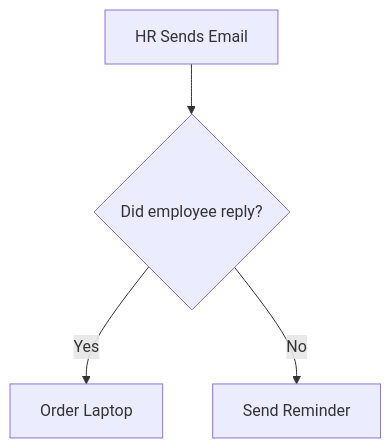
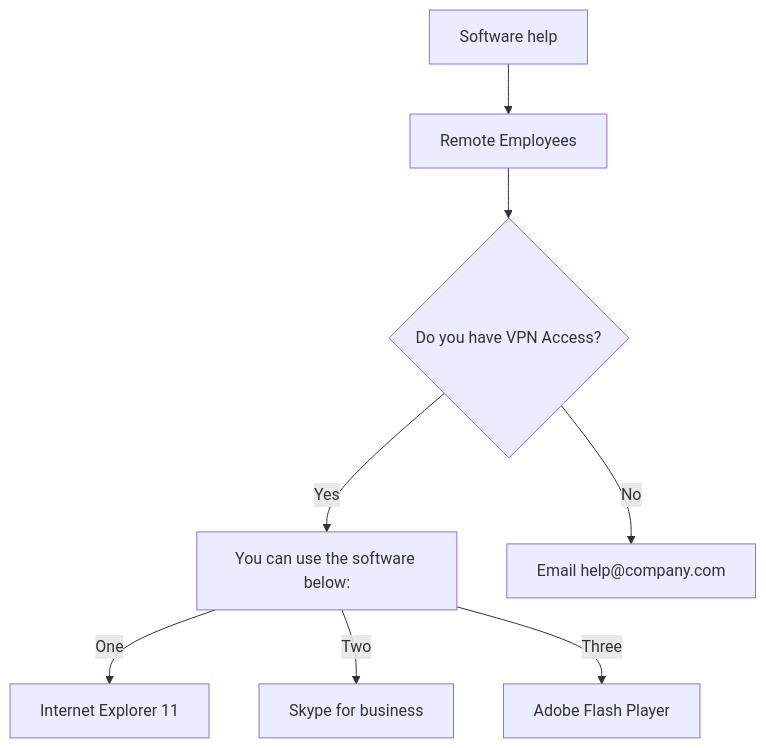
One commit to Zainub456/web-based-cms-spring-2026 changed the diagram in docs/Lab5.md. Above: the diagram before and after it, drawn with Mermaid. The commit also changed other lines of this file, not shown here.

````diff
--- a/docs/Lab5.md
+++ b/docs/Lab5.md
@@ -3,6 +4,10 @@
 ```mermaid
-graph TD;
-    A[HR Sends Email] --> B{Did employee reply?};
-    B -- Yes --> C[Order Laptop];
-    B -- No --> D[Send Reminder];
+flowchart TD
+A[Software help]--> B[Remote Employees]
+B--> C{Do you have VPN Access?}
+C --Yes -->D[You can use the software below:]
+D -->|One| E[Internet Explorer 11]
+D -->|Two| F[Skype for business]
+D -->|Three| G[Adobe Flash Player]
+C --No -->H[Email help@company.com]
 ```
````
